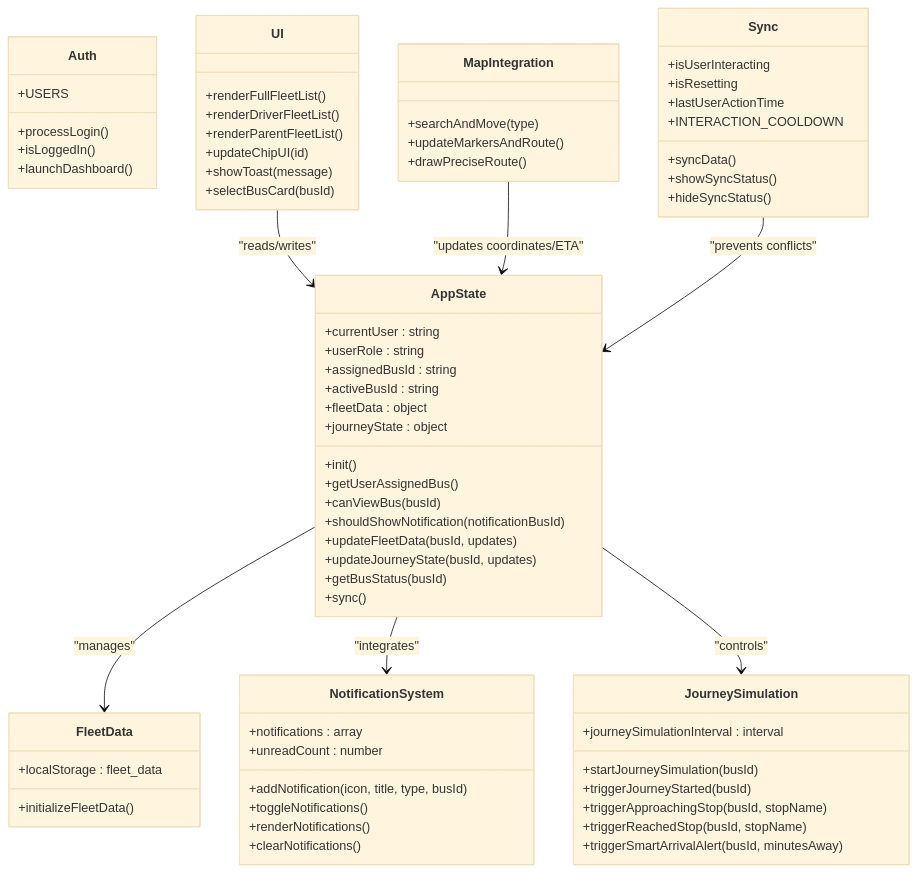
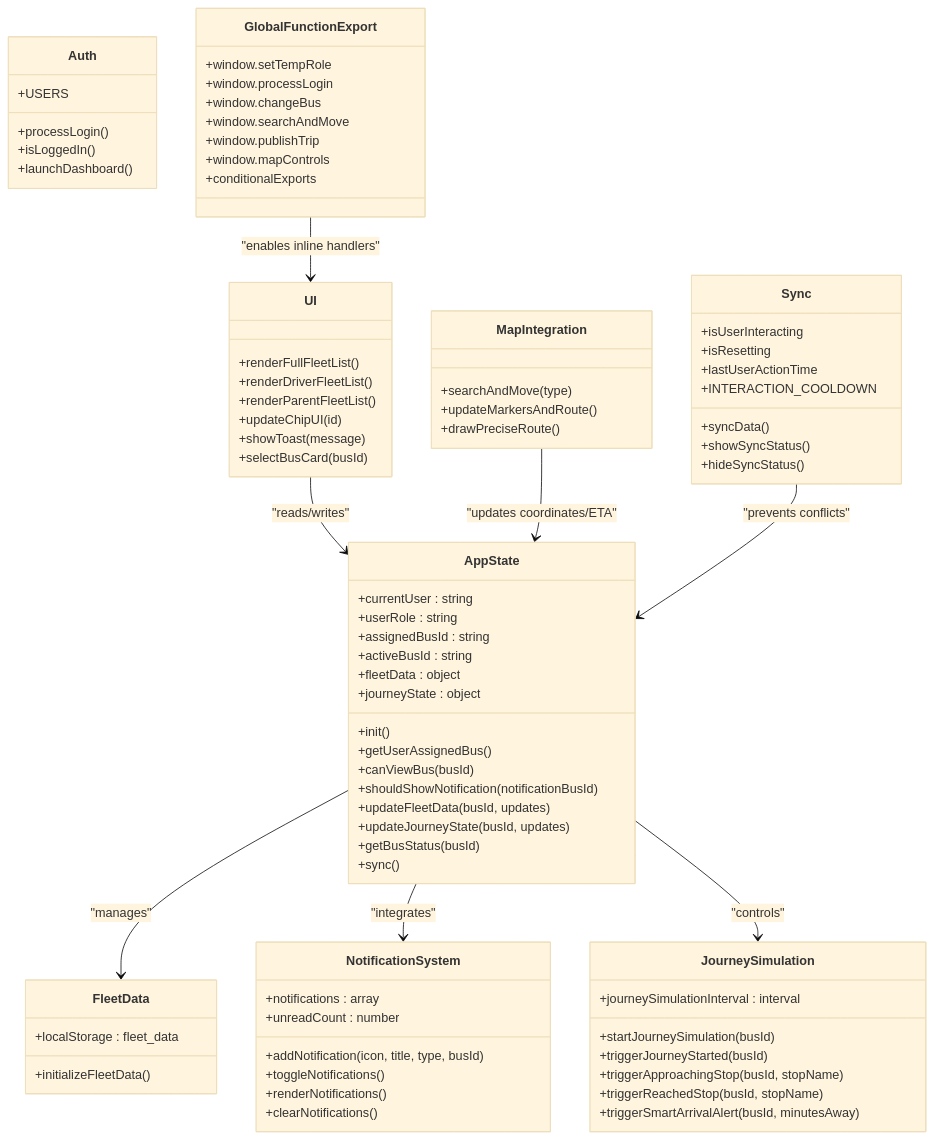
The third of 5 diagrams in .qoder/repowiki/en/content/Fleet Management Features.md (Rehanpatel3858/BusTrack-Pro), drawn with Mermaid (base theme) before and after one commit. The commit also changed other lines of this file and 6 other files, not shown here.

````diff
--- a/.qoder/repowiki/en/content/Fleet Management Features.md
+++ b/.qoder/repowiki/en/content/Fleet Management Features.md
@@ -516,10 +587,20 @@
 +triggerReachedStop(busId, stopName)
 +triggerSmartArrivalAlert(busId, minutesAway)
 }
+class GlobalFunctionExport {
++window.setTempRole
++window.processLogin
++window.changeBus
++window.searchAndMove
++window.publishTrip
++window.mapControls
++conditionalExports
+}
 AppState --> FleetData : "manages"
 AppState --> NotificationSystem : "integrates"
 AppState --> JourneySimulation : "controls"
 UI --> AppState : "reads/writes"
 MapIntegration --> AppState : "updates coordinates/ETA"
 Sync --> AppState : "prevents conflicts"
+GlobalFunctionExport --> UI : "enables inline handlers"
 ```
````
